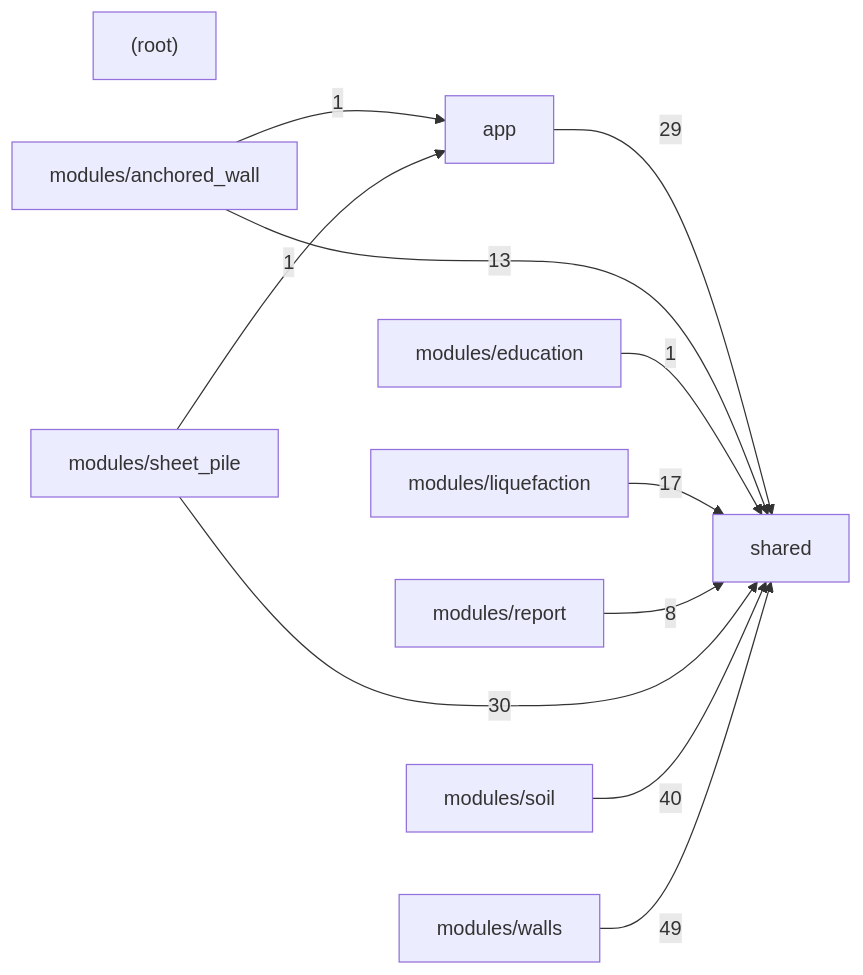
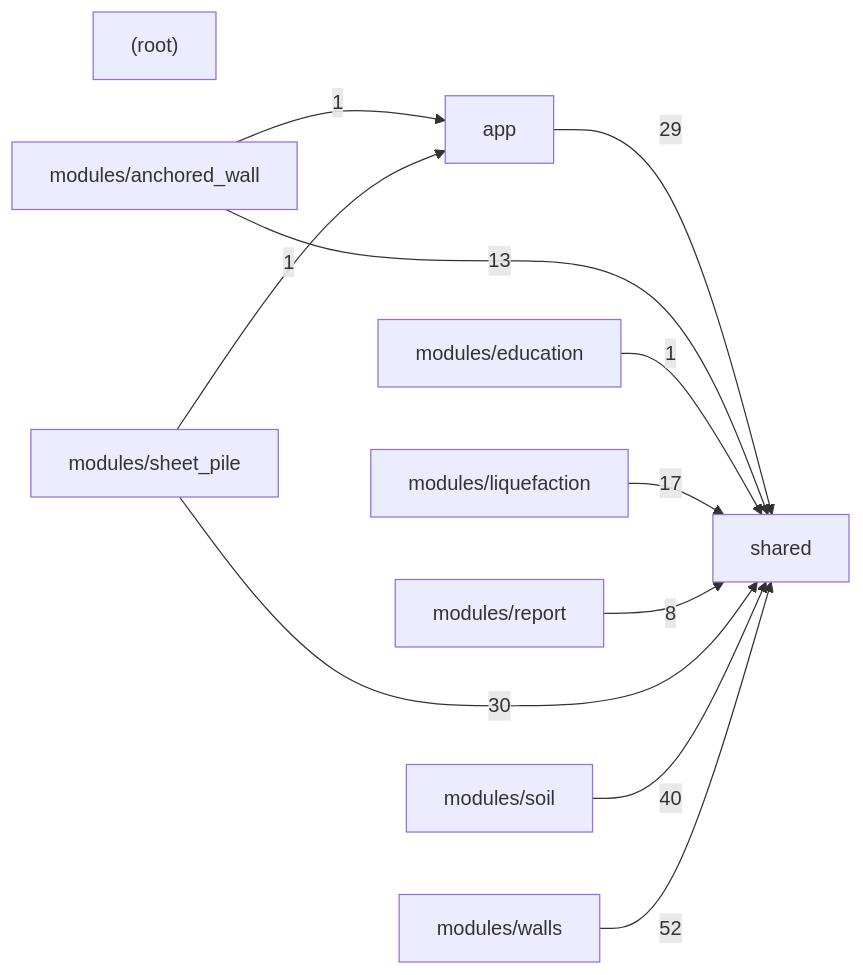
One commit to umutsertkaya/Foundation_Engineering_Program changed the second of 2 diagrams in docs/CODE_MAP.md. Above: the diagram before and after it, drawn with Mermaid. The commit also changed other lines of this file and 1 other file, not shown here.

````diff
--- a/docs/CODE_MAP.md
+++ b/docs/CODE_MAP.md
@@ -639,23 +641,23 @@
 ```mermaid
 graph LR
   _root_["(root)"]
   app["app"]
   modules_anchored_wall["modules/anchored_wall"]
   modules_education["modules/education"]
   modules_liquefaction["modules/liquefaction"]
   modules_report["modules/report"]
   modules_sheet_pile["modules/sheet_pile"]
   modules_soil["modules/soil"]
   modules_walls["modules/walls"]
   shared["shared"]
   app -->|29| shared
   modules_anchored_wall -->|1| app
   modules_anchored_wall -->|13| shared
   modules_education -->|1| shared
   modules_liquefaction -->|17| shared
   modules_report -->|8| shared
   modules_sheet_pile -->|1| app
   modules_sheet_pile -->|30| shared
   modules_soil -->|40| shared
-  modules_walls -->|49| shared
+  modules_walls -->|52| shared
 ```
````
